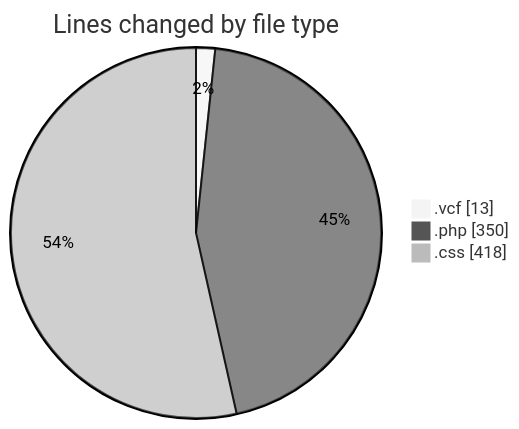
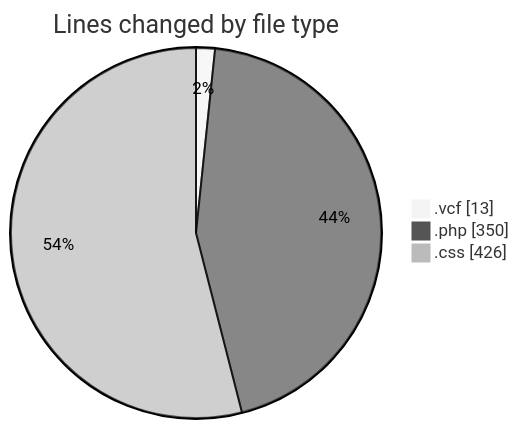
One commit to LanceThiago/code-tracking changed the first of 2 diagrams in 2025-06-03/totem/README.md. Above: the diagram before and after it, drawn with Mermaid (neutral theme). The commit also changed other lines of this file and 1 other file, not shown here.

````diff
--- a/2025-06-03/totem/README.md
+++ b/2025-06-03/totem/README.md
@@ -24,7 +24,7 @@
 ```mermaid
 pie showData
 title Lines changed by file type
 ".vcf" : 13
 ".php" : 350
-".css" : 418
+".css" : 426
 ```
````
